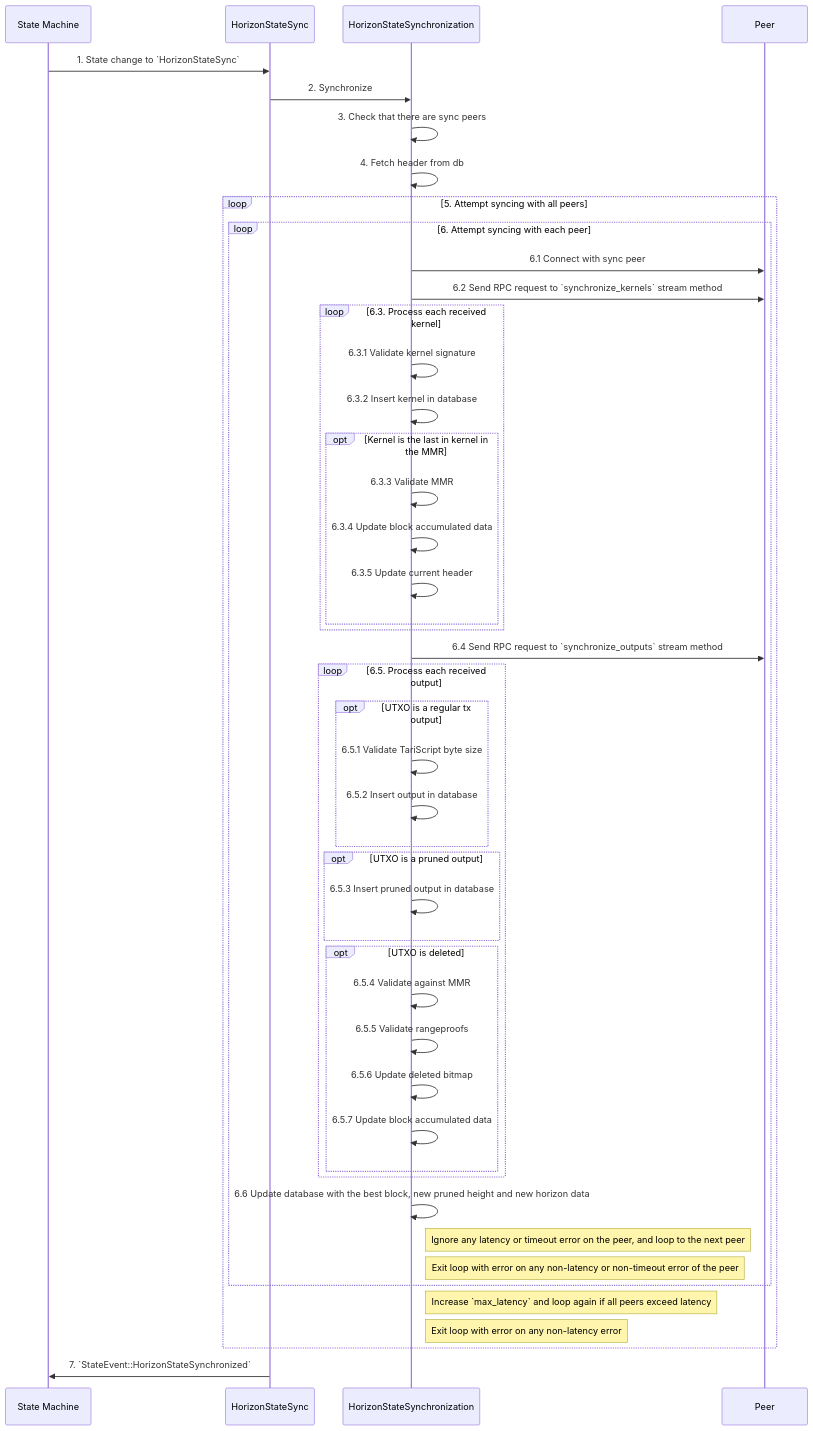
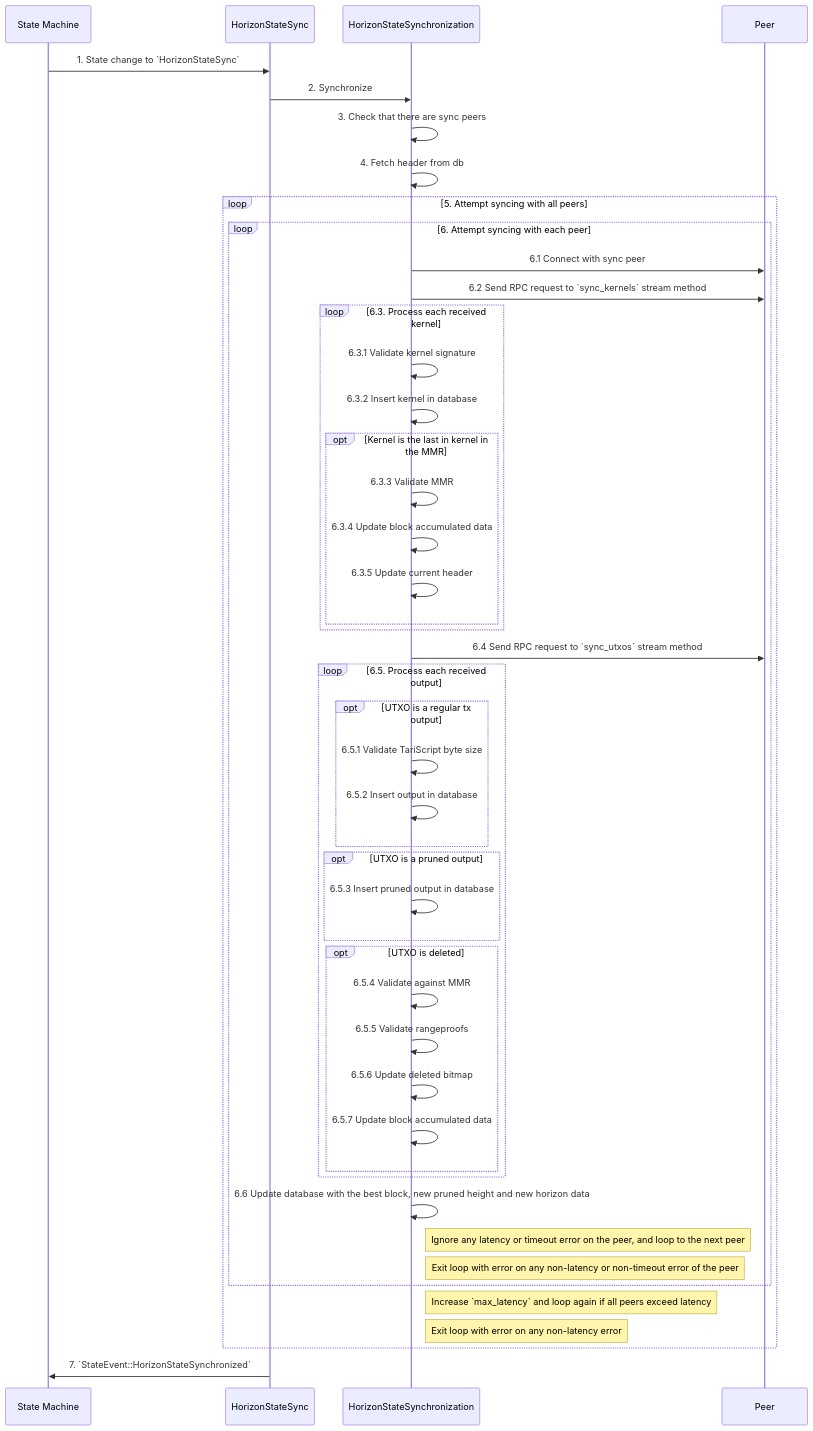
One commit to tari-project/tari changed the second of 2 diagrams in docs/src/diagrams/horizon_sync.md. Above: the diagram before and after it, drawn with Mermaid.

Commit message:
fix RPC method names

````diff
--- a/docs/src/diagrams/horizon_sync.md
+++ b/docs/src/diagrams/horizon_sync.md
@@ -44,48 +44,48 @@
 ```mermaid
 sequenceDiagram
 participant State Machine
 participant HorizonStateSync
 participant HorizonStateSynchronization
 participant Peer
 State Machine->>HorizonStateSync: 1. State change to `HorizonStateSync`
 HorizonStateSync->>HorizonStateSynchronization: 2. Synchronize
 HorizonStateSynchronization->>HorizonStateSynchronization: 3. Check that there are sync peers
 HorizonStateSynchronization->>HorizonStateSynchronization: 4. Fetch header from db
 loop 5. Attempt syncing with all peers
     loop 6. Attempt syncing with each peer
         HorizonStateSynchronization->>Peer: 6.1 Connect with sync peer
-        HorizonStateSynchronization->>Peer: 6.2 Send RPC request to `synchronize_kernels` stream method
+        HorizonStateSynchronization->>Peer: 6.2 Send RPC request to `sync_kernels` stream method
         loop 6.3. Process each received kernel 
             HorizonStateSynchronization->>HorizonStateSynchronization: 6.3.1 Validate kernel signature
             HorizonStateSynchronization->>HorizonStateSynchronization: 6.3.2 Insert kernel in database
             opt Kernel is the last in kernel in the MMR
                 HorizonStateSynchronization->>HorizonStateSynchronization: 6.3.3 Validate MMR
 	            HorizonStateSynchronization->>HorizonStateSynchronization: 6.3.4 Update block accumulated data
 	            HorizonStateSynchronization->>HorizonStateSynchronization: 6.3.5 Update current header
             end
         end
-        HorizonStateSynchronization->>Peer: 6.4 Send RPC request to `synchronize_outputs` stream method
+        HorizonStateSynchronization->>Peer: 6.4 Send RPC request to `sync_utxos` stream method
         loop 6.5. Process each received output 
             opt UTXO is a regular tx output
 	            HorizonStateSynchronization->>HorizonStateSynchronization: 6.5.1 Validate TariScript byte size
                 HorizonStateSynchronization->>HorizonStateSynchronization: 6.5.2 Insert output in database
             end
             opt UTXO is a pruned output
                 HorizonStateSynchronization->>HorizonStateSynchronization: 6.5.3 Insert pruned output in database
             end
             opt UTXO is deleted
                 HorizonStateSynchronization->>HorizonStateSynchronization: 6.5.4 Validate against MMR
                 HorizonStateSynchronization->>HorizonStateSynchronization: 6.5.5 Validate rangeproofs
                 HorizonStateSynchronization->>HorizonStateSynchronization: 6.5.6 Update deleted bitmap
                 HorizonStateSynchronization->>HorizonStateSynchronization: 6.5.7 Update block accumulated data
             end
         end
         HorizonStateSynchronization->>HorizonStateSynchronization: 6.6 Update database with the best block, new pruned height and new horizon data
         Note right of HorizonStateSynchronization: Ignore any latency or timeout error on the peer, and loop to the next peer
         Note right of HorizonStateSynchronization: Exit loop with error on any non-latency or non-timeout error of the peer
     end
     Note right of HorizonStateSynchronization: Increase `max_latency` and loop again if all peers exceed latency
     Note right of HorizonStateSynchronization: Exit loop with error on any non-latency error
 end     
 HorizonStateSync->>State Machine: 7. `StateEvent::HorizonStateSynchronized`
 ```
````
